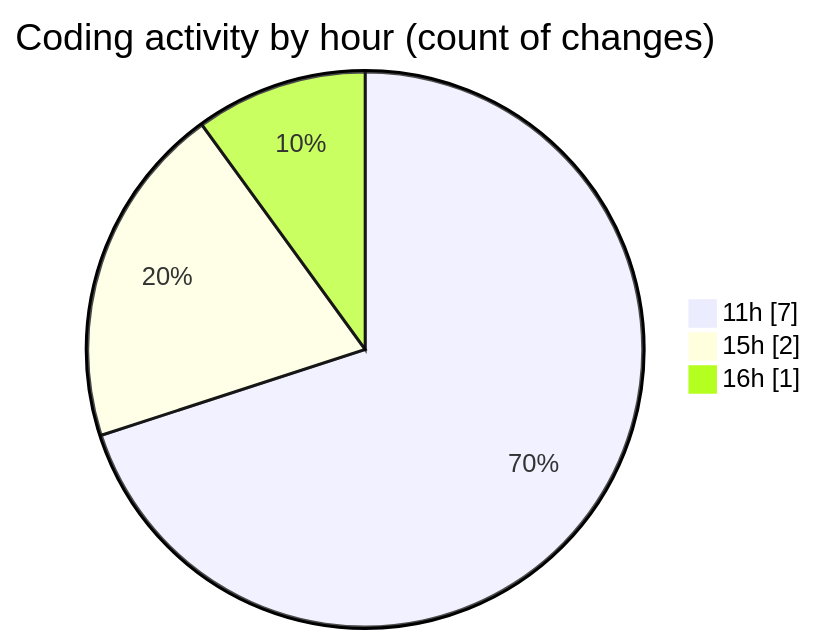
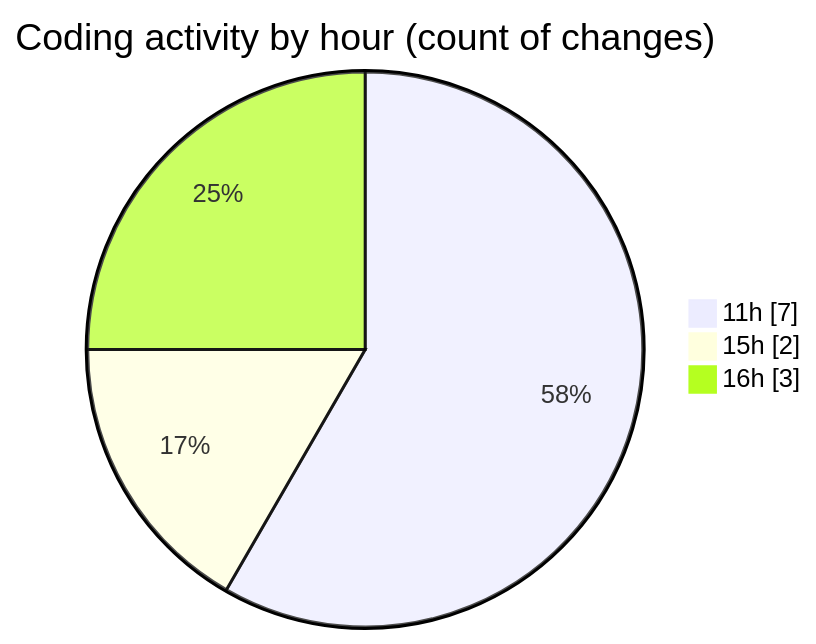
One commit to jcpc91/code-tracking changed the second of 2 diagrams in 2025-05-12/cancelacionsegurosvida/README.md. Above: the diagram before and after it, drawn with Mermaid. The commit also changed other lines of this file and 1 other file, not shown here.

````diff
--- a/2025-05-12/cancelacionsegurosvida/README.md
+++ b/2025-05-12/cancelacionsegurosvida/README.md
@@ -32,7 +32,7 @@
 ```mermaid
 pie showData
 title Coding activity by hour (count of changes)
 "11h" : 7
 "15h" : 2
-"16h" : 1
+"16h" : 3
 ```
````
